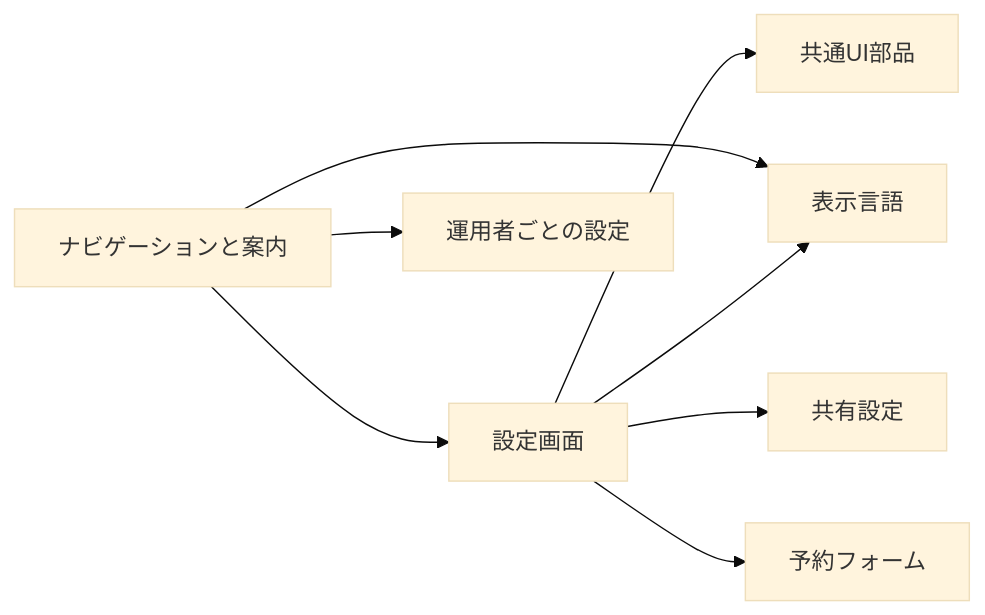
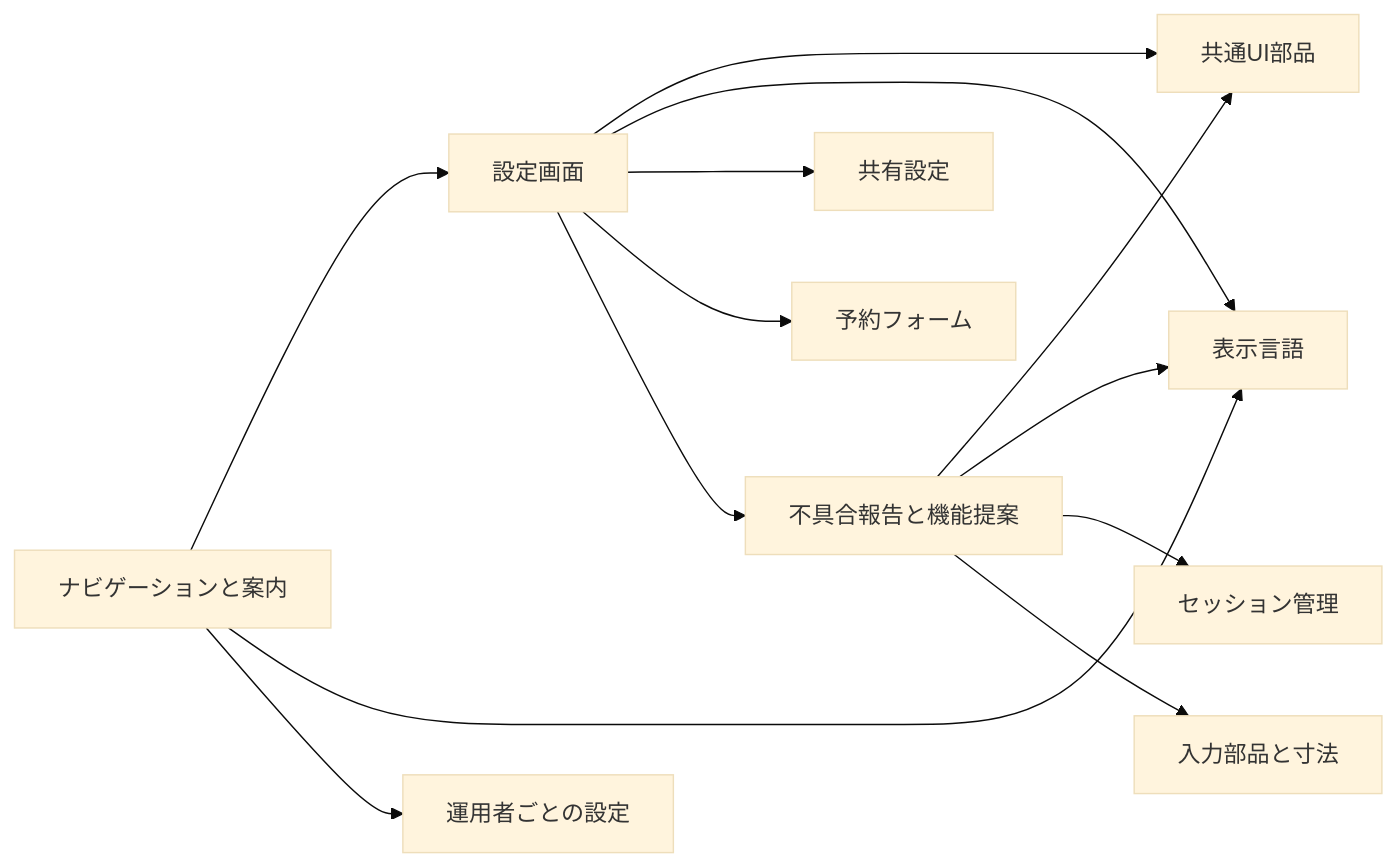
Before and after one commit to nekono-dev/skyshare: the first of 6 diagrams in docs/architecture/app-shell.md, drawn with Mermaid (base theme). The commit also changed other lines of this file and 52 other files, not shown here.

````diff
--- a/docs/architecture/app-shell.md
+++ b/docs/architecture/app-shell.md
@@ -25,10 +29,15 @@
 ```mermaid
 flowchart LR
   nav["ナビゲーションと案内"] --> settings["設定画面"]
   nav --> i18n["表示言語"]
   nav --> site["運用者ごとの設定"]
   settings --> ui["共通UI部品"]
   settings --> i18n
   settings --> share["共有設定"]
   settings --> schedule["予約フォーム"]
+  settings --> report["不具合報告と機能提案"]
+  report --> ui
+  report --> i18n
+  report --> session["セッション管理"]
+  report --> input["入力部品と寸法"]
 ```
````
